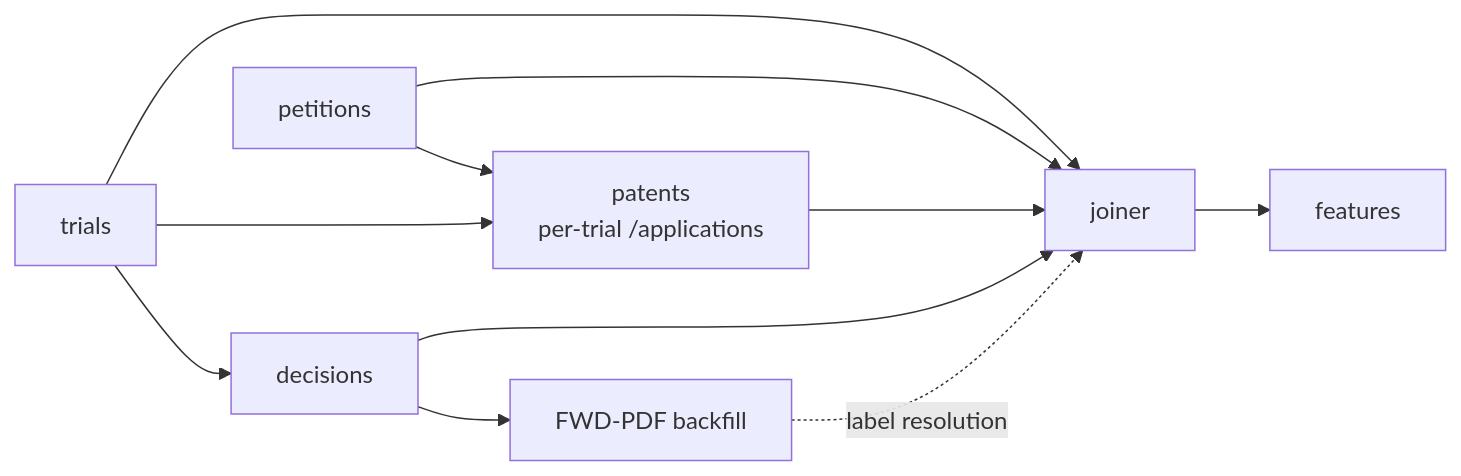
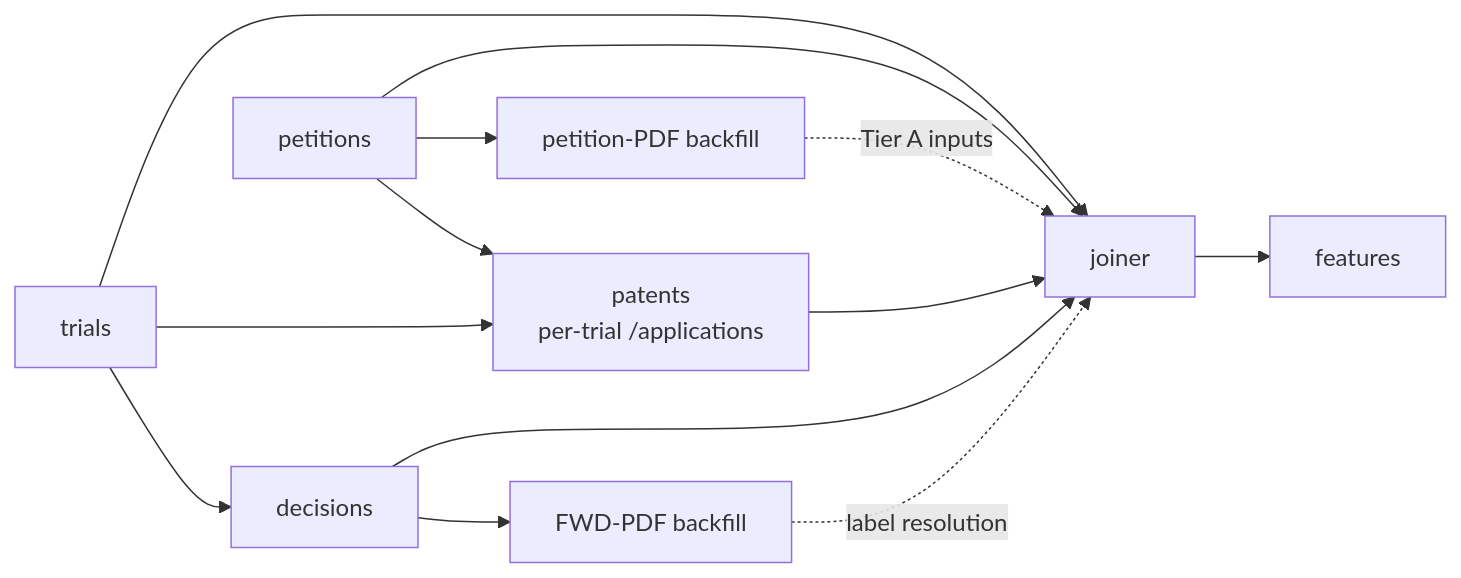
The diagram in docs/ops/refresh_lifecycle.md (josemita87/ML-USPTO), drawn with Mermaid before and after one commit. The commit also changed other lines of this file and 8 other files, not shown here.

````diff
--- a/docs/ops/refresh_lifecycle.md
+++ b/docs/ops/refresh_lifecycle.md
@@ -27,23 +28,26 @@
 ```mermaid
 flowchart LR
     trials[trials]
     decisions[decisions]
     petitions[petitions]
     patents[patents<br/>per-trial /applications]
     fwd[FWD-PDF backfill]
+    petition_text[petition-PDF backfill]
     joiner[joiner]
     features[features]
 
     trials --> decisions
     trials --> patents
     petitions --> patents
+    petitions --> petition_text
 
     decisions --> fwd
     fwd -. label resolution .-> joiner
+    petition_text -. Tier A inputs .-> joiner
 
     trials --> joiner
     decisions --> joiner
     petitions --> joiner
     patents --> joiner
     joiner --> features
 ```
````
